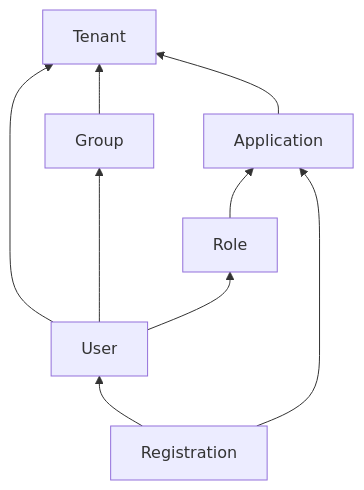
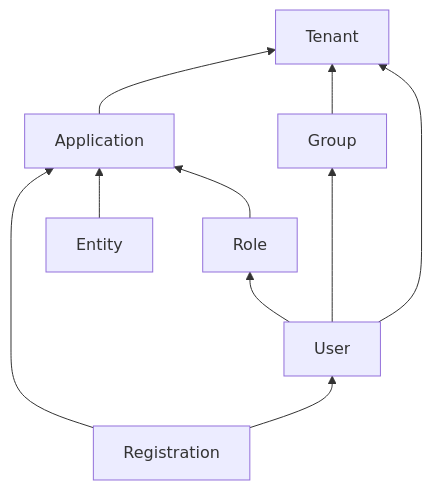
The diagram in site/docs/v1/tech/guides/user-actions-new.md (ritza-co/fusionauth-site), drawn with Mermaid before and after one commit. The commit also changed other lines of this file, not shown here.

````diff
--- a/site/docs/v1/tech/guides/user-actions-new.md
+++ b/site/docs/v1/tech/guides/user-actions-new.md
@@ -29,11 +30,12 @@
 ```mermaid
 flowchart BT
     User-->Tenant
     Application-->Tenant
     Group-->Tenant
     Role-->Application
     User-->Group
     Registration-->User
     Registration-->Application
     User-->Role
+    Entity-->Application
 ```
````
